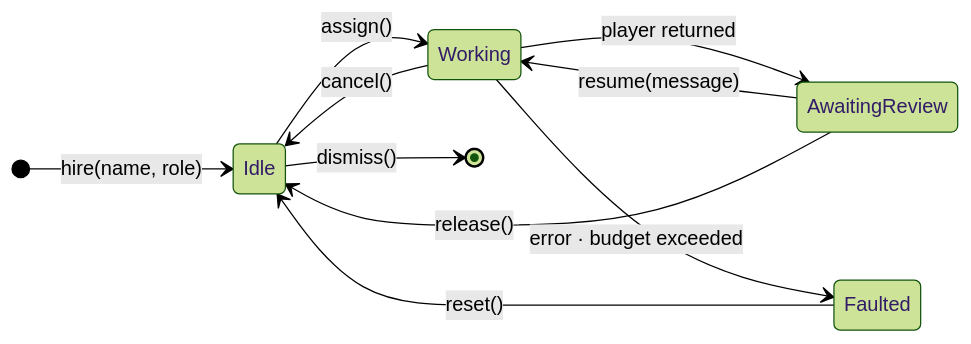
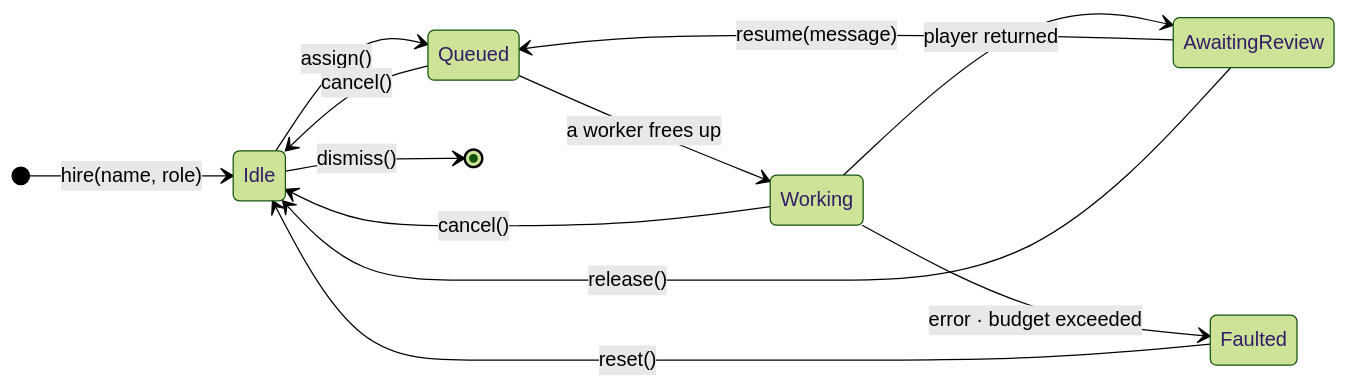
Before and after one commit to noclearreaction/symphony-maestro: the second of 6 diagrams in docs/ensemble/README.md, drawn with Mermaid (forest theme). The commit also changed other lines of this file, not shown here.

First line of the commit message:
docs(ensemble): assignment is queued, and the queue need not be FIFO

````diff
--- a/docs/ensemble/README.md
+++ b/docs/ensemble/README.md
@@ -287,13 +287,15 @@
 ```mermaid
 stateDiagram-v2
   direction LR
   [*] --> Idle: hire(name, role)
-  Idle --> Working: assign()
+  Idle --> Queued: assign()
+  Queued --> Working: a worker frees up
+  Queued --> Idle: cancel()
   Working --> AwaitingReview: player returned
   Working --> Faulted: error · budget exceeded
   Working --> Idle: cancel()
-  AwaitingReview --> Working: resume(message)
+  AwaitingReview --> Queued: resume(message)
   AwaitingReview --> Idle: release()
   Faulted --> Idle: reset()
   Idle --> [*]: dismiss()
 ```
````
